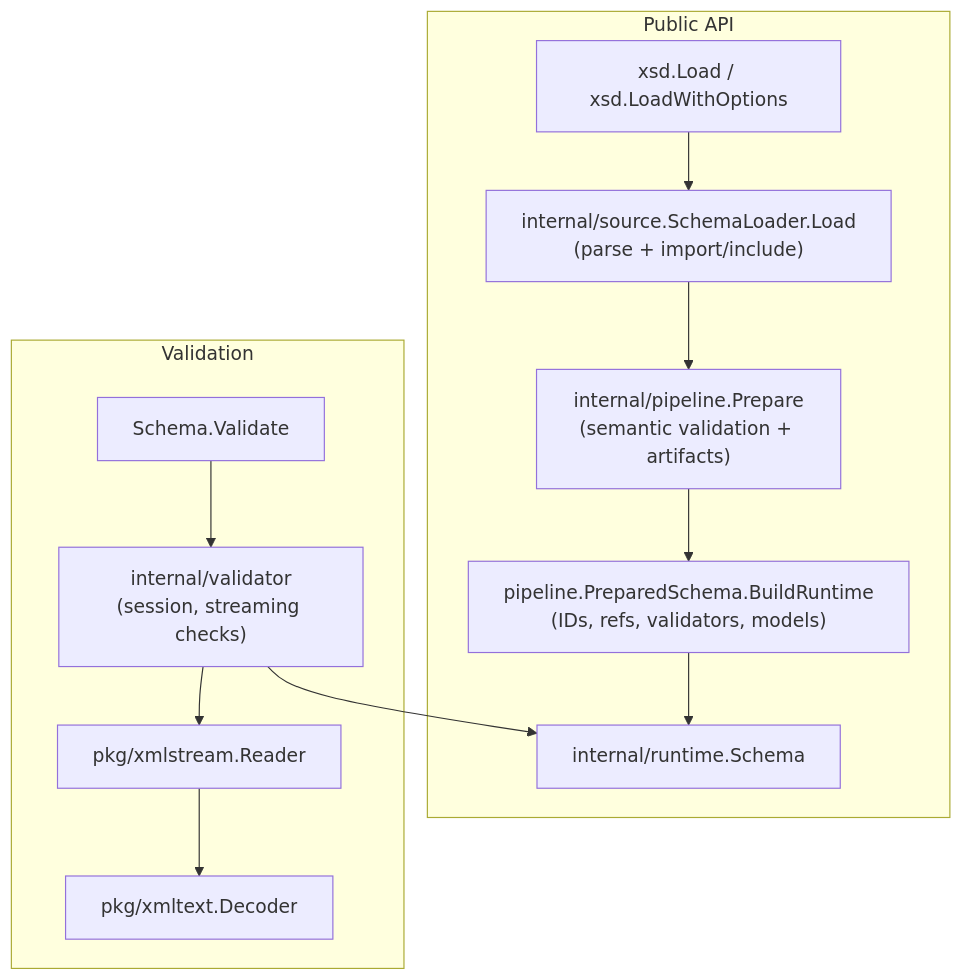
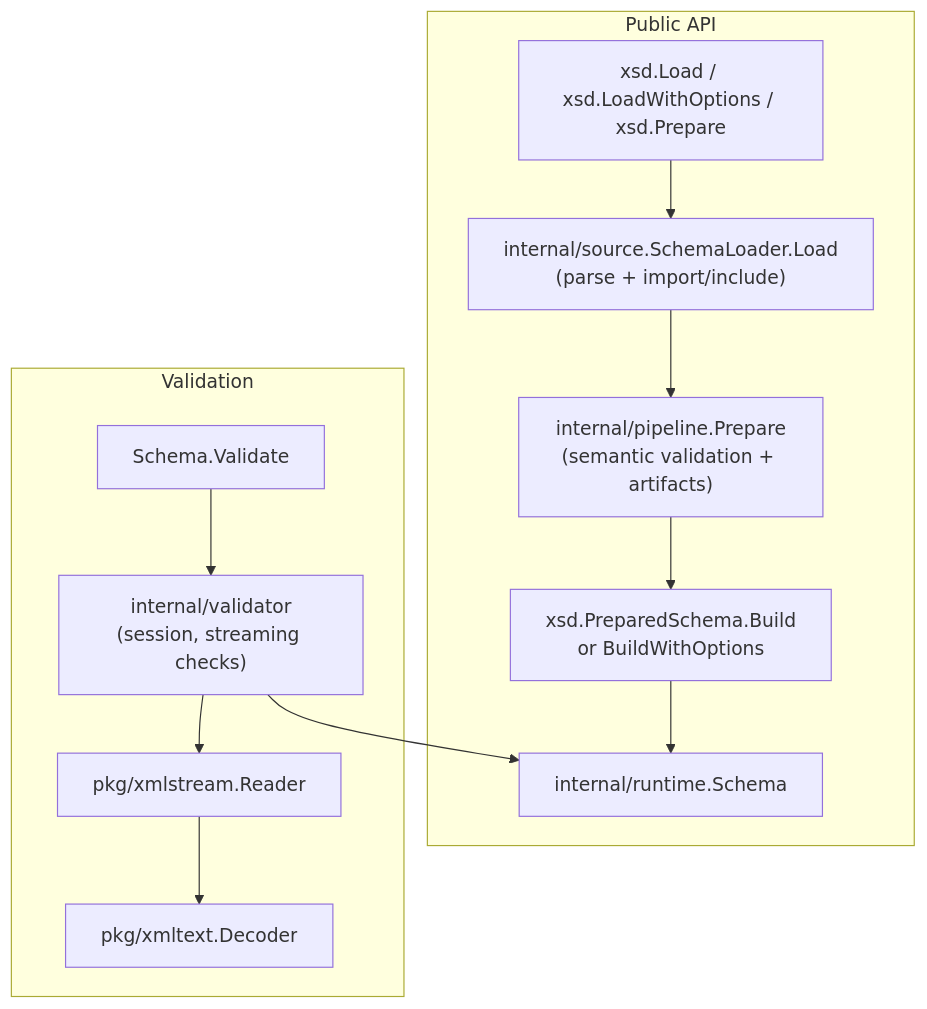
Before and after one commit to jacoelho/xsd: the second of 5 diagrams in docs/architecture.md, drawn with Mermaid. The commit also changed other lines of this file and 1 other file, not shown here.

Commit message:
docs: update public API and architecture notes

````diff
--- a/docs/architecture.md
+++ b/docs/architecture.md
@@ -47,12 +47,12 @@
 ```mermaid
 flowchart TD
   subgraph PublicAPI["Public API"]
-    Load["xsd.Load / xsd.LoadWithOptions"] --> Loader["internal/source.SchemaLoader.Load<br/>(parse + import/include)"] --> Prepare["internal/pipeline.Prepare<br/>(semantic validation + artifacts)"] --> Build["pipeline.PreparedSchema.BuildRuntime<br/>(IDs, refs, validators, models)"] --> Runtime["internal/runtime.Schema"]
+    Load["xsd.Load / xsd.LoadWithOptions / xsd.Prepare"] --> Loader["internal/source.SchemaLoader.Load<br/>(parse + import/include)"] --> Prepare["internal/pipeline.Prepare<br/>(semantic validation + artifacts)"] --> Build["xsd.PreparedSchema.Build<br/>or BuildWithOptions"] --> Runtime["internal/runtime.Schema"]
   end
   subgraph Validation
     Validate["Schema.Validate"] --> ValidatorPkg["internal/validator<br/>(session, streaming checks)"]
     ValidatorPkg --> Runtime
     ValidatorPkg --> XMLPkg["pkg/xmlstream.Reader"]
     XMLPkg --> XMLText["pkg/xmltext.Decoder"]
   end
 ```
````
